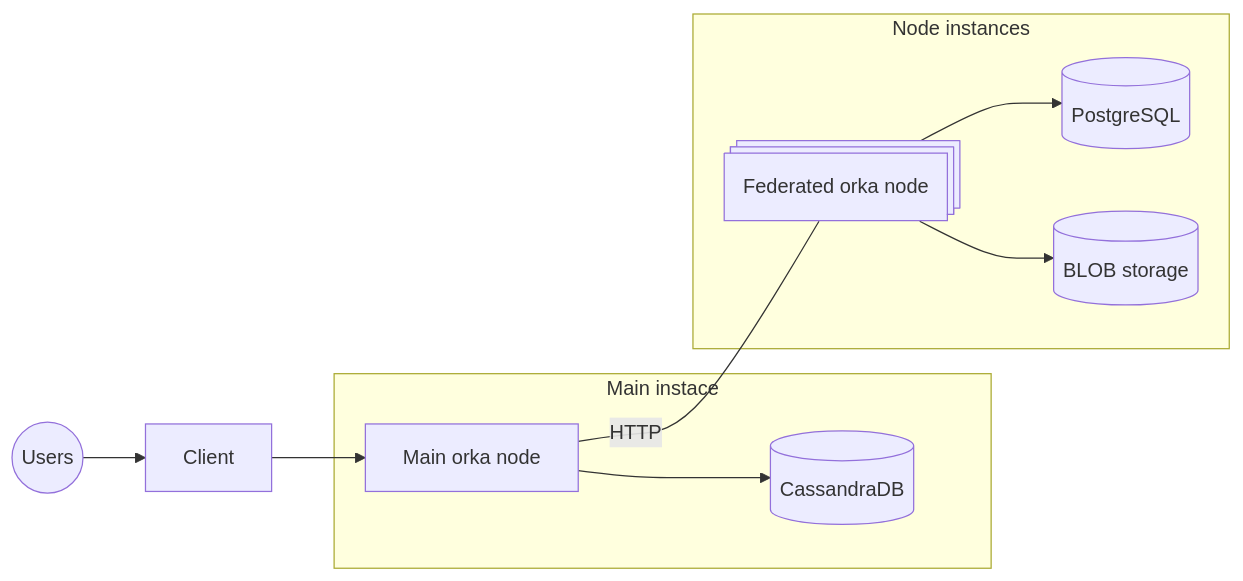
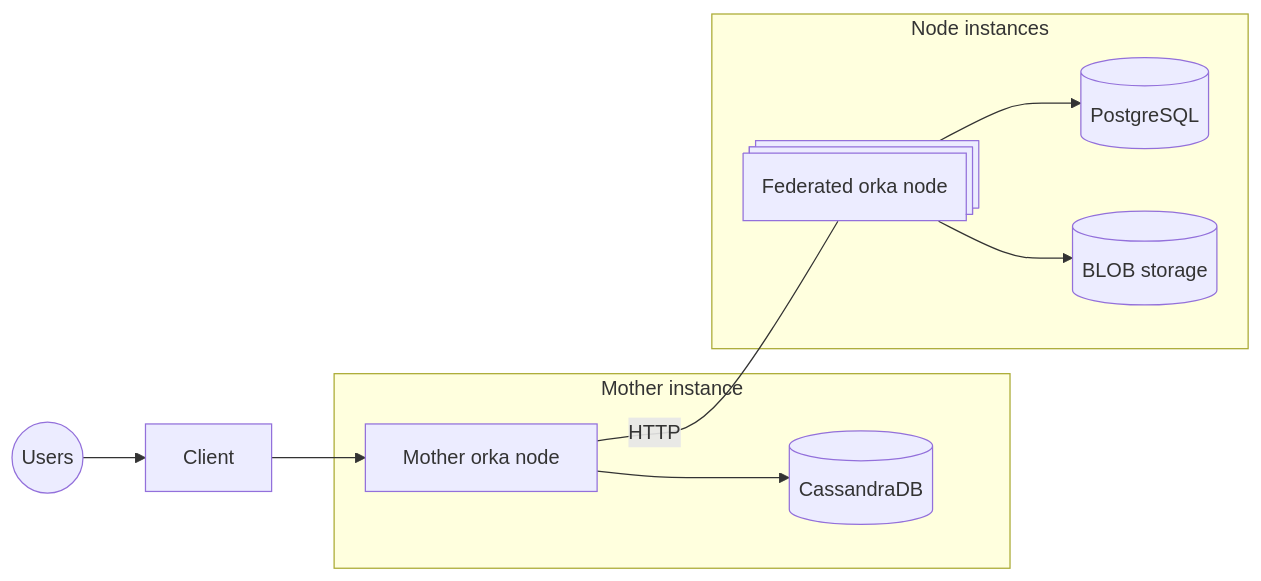
Before and after one commit to lucas-mv/orka: the diagram in README.md, drawn with Mermaid. The commit also changed other lines of this file, not shown here.

````diff
--- a/README.md
+++ b/README.md
@@ -7,19 +7,19 @@
 ```mermaid
 flowchart LR
     user@{ shape: circle, label: "Users" }
     client[Client]
-    subgraph Main instace
-    main[Main orka node]
-    main_db[(CassandraDB)]
+    subgraph Mother instance
+    mother[Mother orka node]
+    mother_db[(CassandraDB)]
     end
     subgraph Node instances
     db[(PostgreSQL)]
     blob[(BLOB storage)]
     node@{ shape: procs, label: "Federated orka node"}
     end
     node --> db
     node --> blob
-    main ---|HTTP| node
-    user --> client --> main
-    main --> main_db
+    mother ---|HTTP| node
+    user --> client --> mother
+    mother --> mother_db
 ```
````
